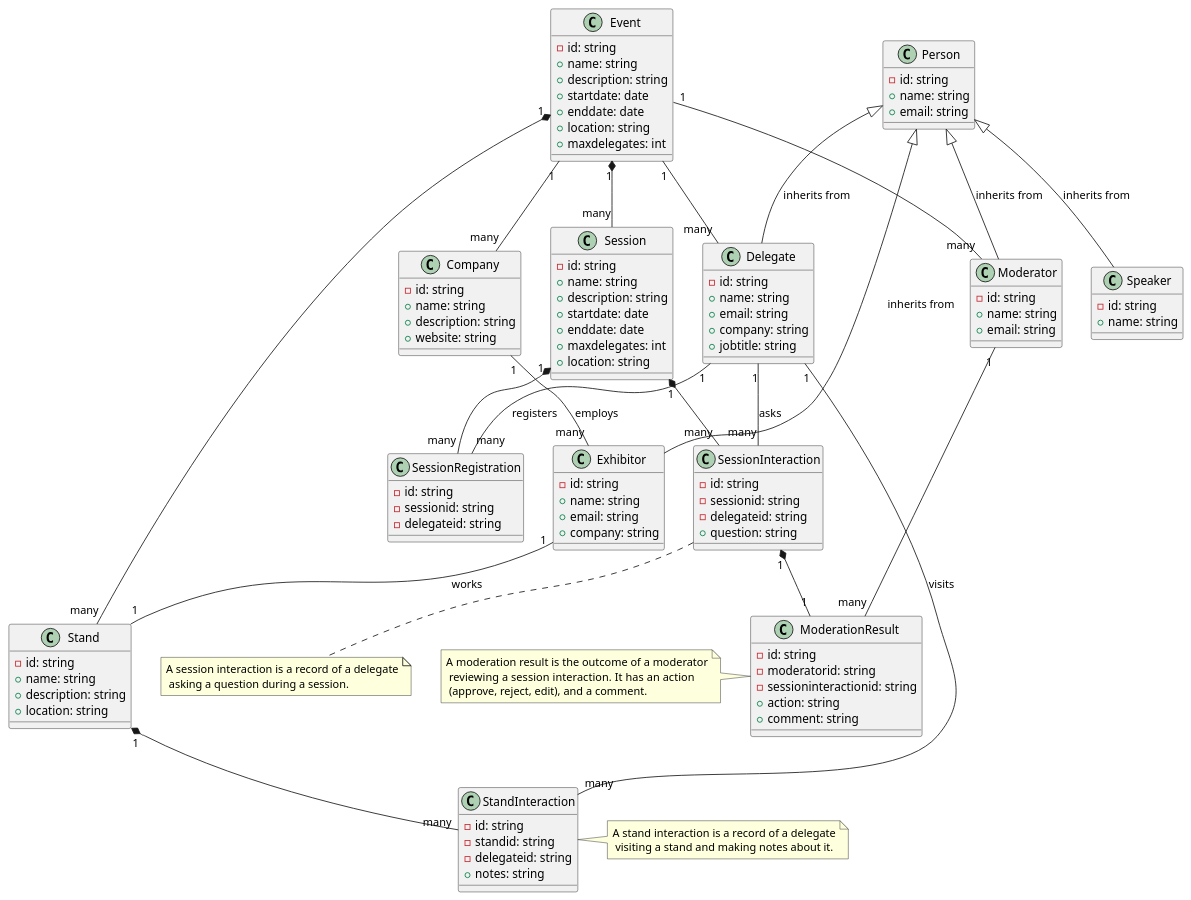
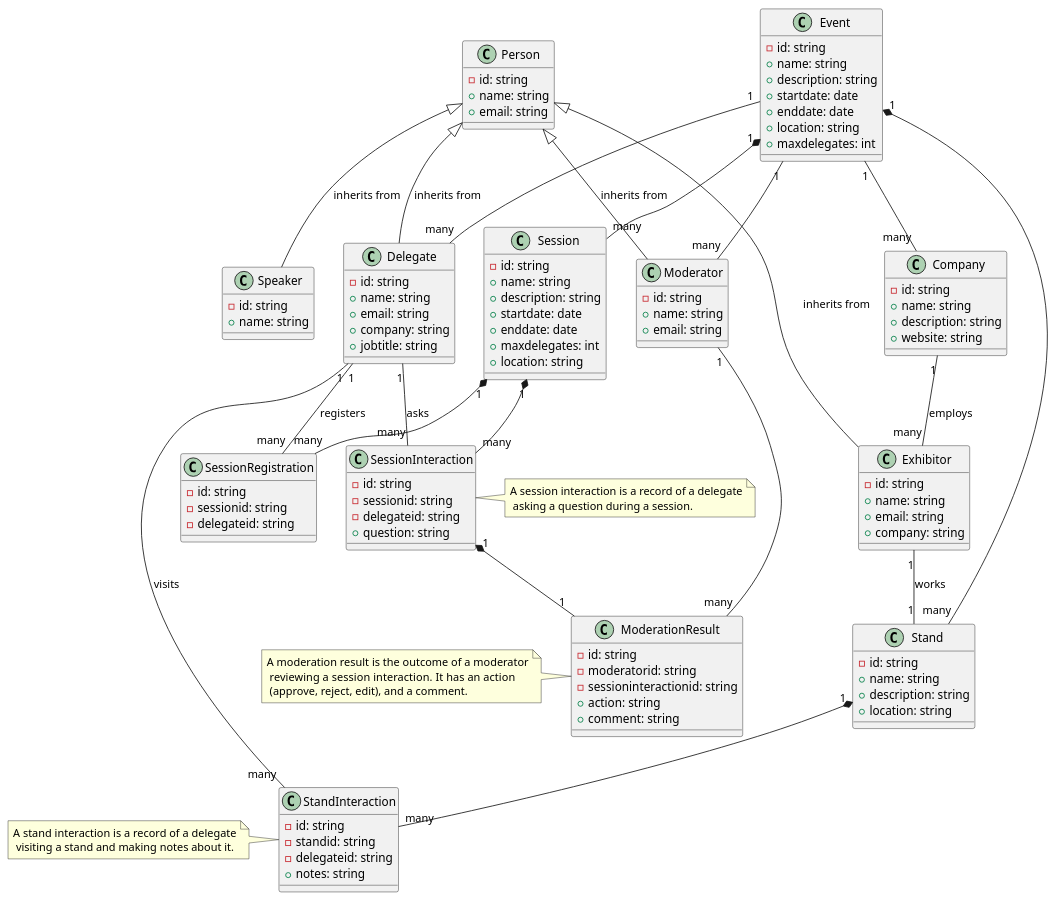
The diagram in BookMeIn2.puml (CSC-40084-Group-7/BMI2-UML), drawn with PlantUML before and after one commit.

Commit message:
add relationships

```diff
--- a/BookMeIn2.puml
+++ b/BookMeIn2.puml
@@ -1,153 +1,153 @@
 @startuml BookMeIn2
 
 /'
 Glossary
 
 Event: The event that is happening, e.g. App Development in a mobile world.
 Delegates: People attending the event, sometimes on behalf of a company.
 Exhibitor: A person attending the event on behalf of their company. Each Exhibitor works at one stand.
 Moderator: Works in the background during a session filtering the questions sent in by delegates, for the purpose of avoiding anything unsuitable being sent to the speaker, and amalgamating similar questions into one so as to avoid repeating the same question
 Session: A talk or presentation happening at the event. Several of these can happen at the same time at larger events and delegates would have to choose which ones they want to attend.  Sometimes these can require a pre-registration of interest to allow entry.
 Speaker: An individual presenting the session. These can be the same as exhibitors, or they may be completely independent.
 Stand: One per company at the event. These companies are ones that have paid to have a stand at the event.  Often these will be sponsors of the event looking to sell some sort of software or service to the delegates.   Multiple Exhibitors may work on one stand though.
 '/
 
 ' Entities
 
 class "Event" as event {
     - id: string
     + name: string
     + description: string
     + startdate: date
     + enddate: date
     + location: string
     + maxdelegates: int
 }
 
 class "Person" as person {
     - id: string
     + name: string
     + email: string
 }
 
 class "Delegate" as delegate {
     - id: string
     + name: string
     + email: string
     + company: string
     + jobtitle: string
 }
 
 class "Exhibitor" as exhibitor {
     - id: string
     + name: string
     + email: string
     + company: string
 }
 
 class "Moderator" as moderator {
     - id: string
     + name: string
     + email: string
 }
 
 class "Session" as session {
     - id: string
     + name: string
     + description: string
     + startdate: date
     + enddate: date
     + maxdelegates: int
     + location: string
 }
 
 class "Speaker" as speaker {
     - id: string
     + name: string
 }
 
 class "Stand" as stand {
     - id: string
     + name: string
     + description: string
     + location: string
 }
 
 class "Company" as company {
     - id: string
     + name: string
     + description: string
     + website: string
 }
 
 class "SessionRegistration" as sessionregistration {
     - id: string
     - sessionid: string
     - delegateid: string
 }
 
 class "StandInteraction" as standinteraction {
     - id: string
     - standid: string
     - delegateid: string
     + notes: string
 }
 
 class "SessionInteraction" as sessioninteraction {
     - id: string
     - sessionid: string
     - delegateid: string
     + question: string
 }
 
 class "ModerationResult" as moderationresult {
     - id: string
     - moderatorid: string
     - sessioninteractionid: string
     + action: string
     + comment: string
 }
 
 ' Relationships
 
 event "1" -- "many" delegate
 event "1" -- "many" moderator
 event "1" -- "many" company
 
 delegate "1" -- "many" standinteraction : visits
 delegate "1" -- "many" sessioninteraction : asks
 delegate "1" -- "many" sessionregistration : registers
 
 exhibitor "1" -- "1" stand : works
 
 company "1" -- "many" exhibitor : employs
 
 moderator "1" -- "many" moderationresult 
 
 
 ' Inheritance
 
 person <|-- delegate : inherits from
 person <|-- exhibitor : inherits from
 person <|-- moderator : inherits from
 person <|-- speaker : inherits from
 
 ' Composition
 
 event "1" *-- "many" session
 event "1" *-- "many" stand
 
 ' Aggregation
 
 session "1" *-- "many" sessioninteraction
 session "1" *-- "many" sessionregistration
 stand "1" *-- "many" standinteraction
 sessioninteraction "1" *-- "1" moderationresult
 
 ' Notes
 
 note left of moderationresult : A moderation result is the outcome of a moderator\n reviewing a session interaction.  It has an action\n (approve, reject, edit), and a comment.
-note right of standinteraction : A stand interaction is a record of a delegate\n visiting a stand and making notes about it.
-note bottom of sessioninteraction : A session interaction is a record of a delegate\n asking a question during a session.
+note left of standinteraction : A stand interaction is a record of a delegate\n visiting a stand and making notes about it.
+note right of sessioninteraction : A session interaction is a record of a delegate\n asking a question during a session.
 
 @enduml
```
